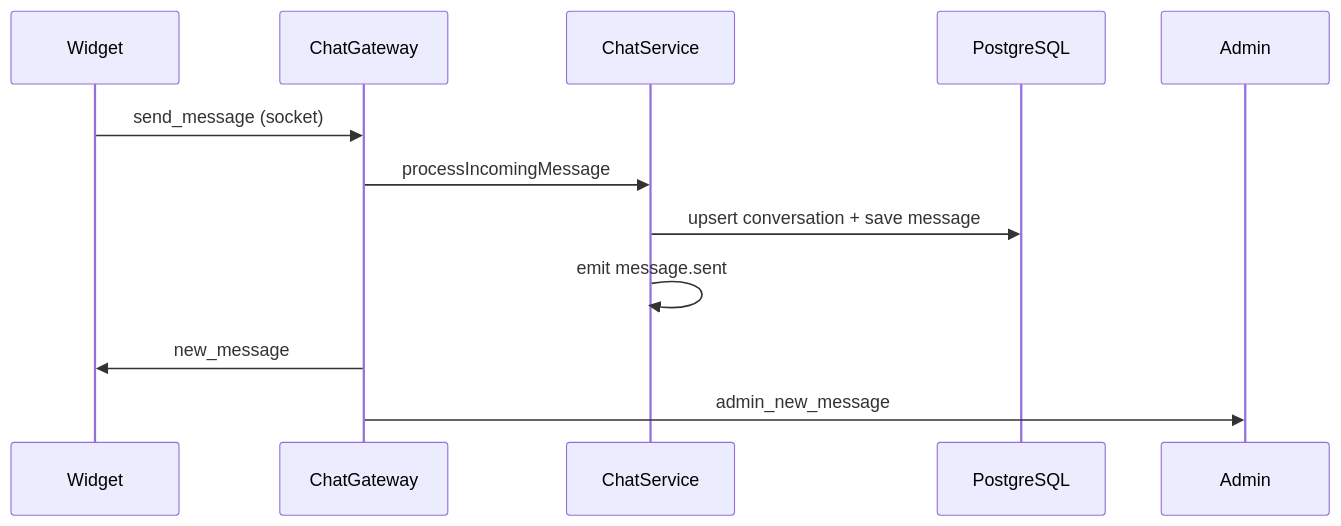
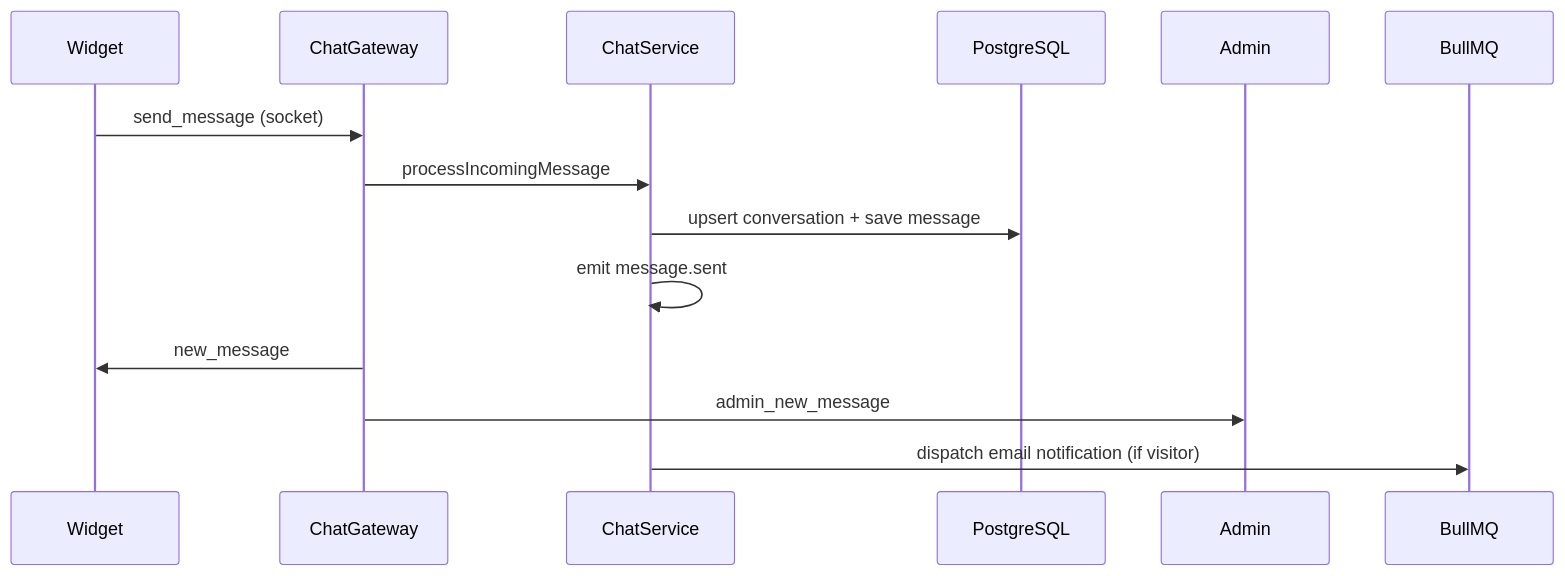
The third of 5 diagrams in docs/ARCHITECTURE.md (amit-g0swami/Intracom), drawn with Mermaid before and after one commit. The commit also changed other lines of this file and 8 other files, not shown here.

Commit message:
feat: implement email notification system using BullMQ and Redis for message-sent events

````diff
--- a/docs/ARCHITECTURE.md
+++ b/docs/ARCHITECTURE.md
@@ -66,15 +67,17 @@
 ```mermaid
 sequenceDiagram
   participant Widget
   participant GW as ChatGateway
   participant Svc as ChatService
   participant DB as PostgreSQL
   participant Admin
+  participant Queue as BullMQ
 
   Widget->>GW: send_message (socket)
   GW->>Svc: processIncomingMessage
   Svc->>DB: upsert conversation + save message
   Svc->>Svc: emit message.sent
   GW->>Widget: new_message
   GW->>Admin: admin_new_message
+  Svc->>Queue: dispatch email notification (if visitor)
 ```
````
